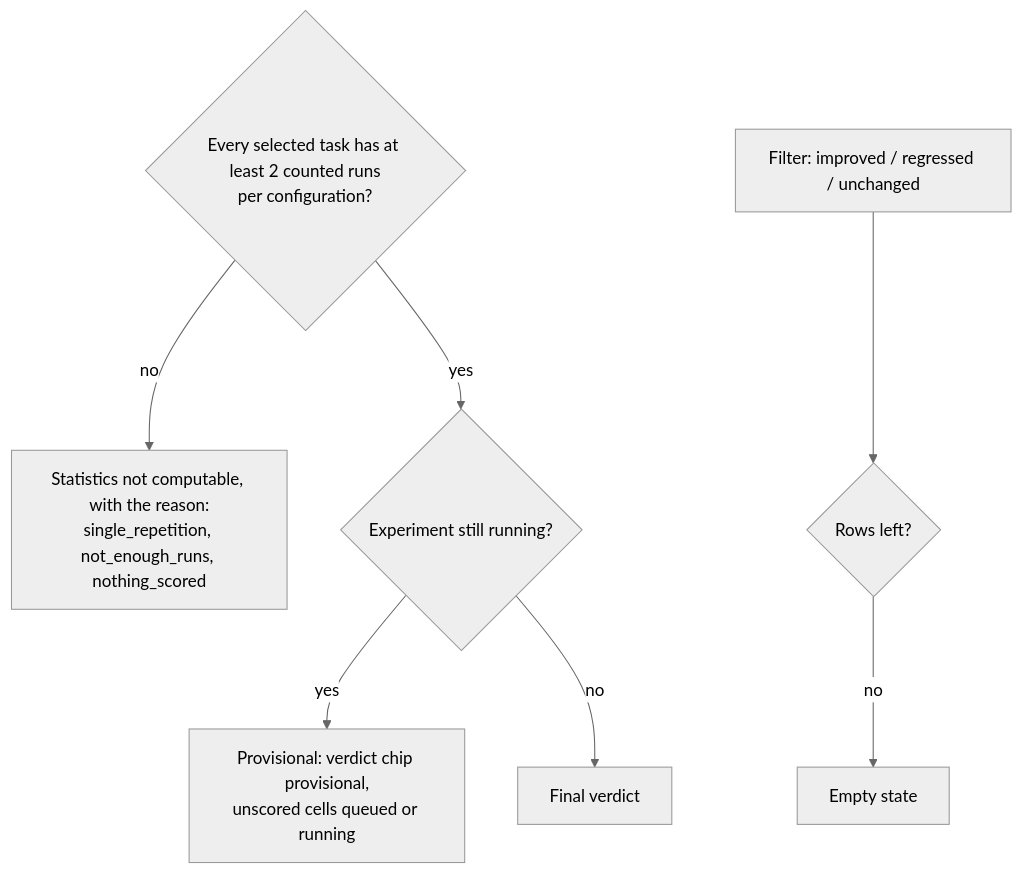
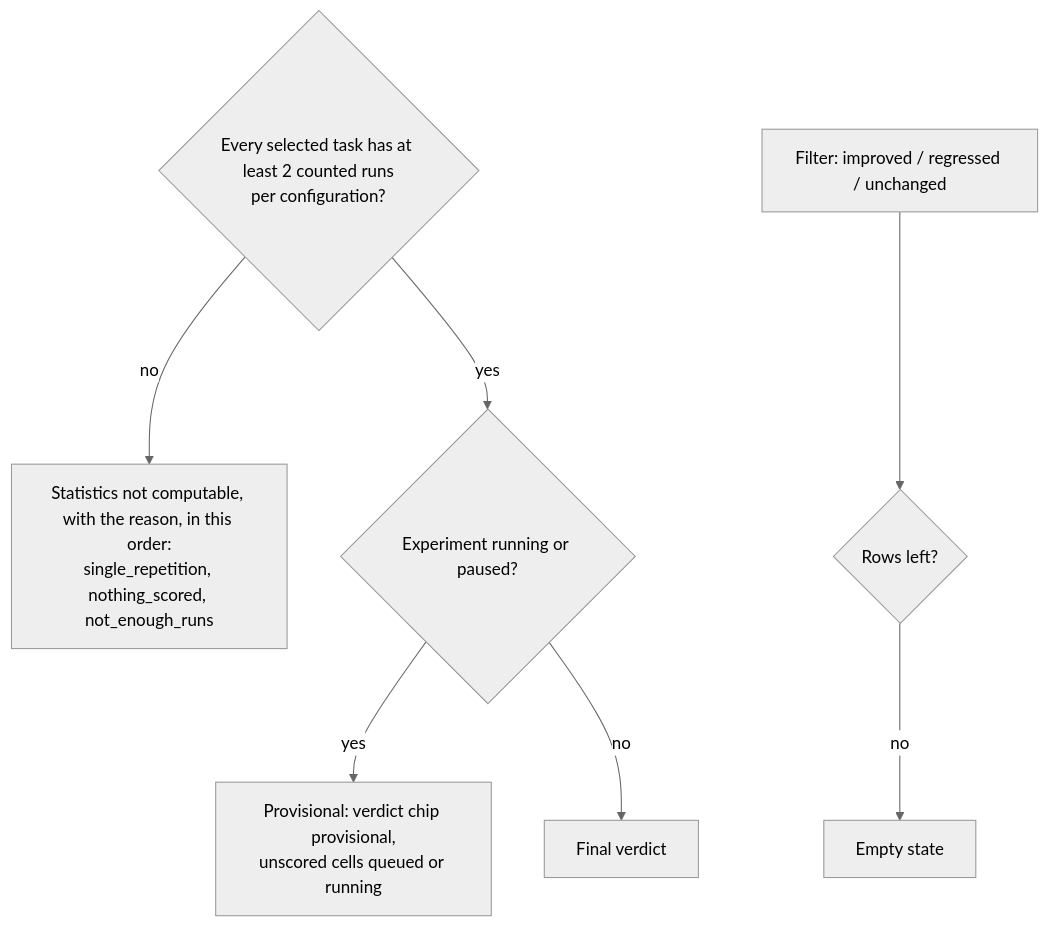
Before and after one commit to sasuke007/hermes-evals: diagram 36 of 38 in UI_FLOWS.md, drawn with Mermaid (neutral theme). The commit also changed other lines of this file and 164 other files, not shown here.

````diff
--- a/UI_FLOWS.md
+++ b/UI_FLOWS.md
@@ -1310,9 +1327,9 @@
 ```mermaid
 flowchart TD
-  G{"Every selected task has at least 2 counted runs<br/>per configuration?"} -- no --> NC["Statistics not computable, with the reason:<br/>single_repetition, not_enough_runs, nothing_scored"]
-  G -- yes --> RUN{"Experiment still running?"}
+  G{"Every selected task has at least 2 counted runs<br/>per configuration?"} -- no --> NC["Statistics not computable, with the reason, in this order:<br/>single_repetition, nothing_scored, not_enough_runs"]
+  G -- yes --> RUN{"Experiment running or paused?"}
   RUN -- yes --> PV["Provisional: verdict chip provisional,<br/>unscored cells queued or running"]
   RUN -- no --> FIN["Final verdict"]
   F["Filter: improved / regressed / unchanged"] --> E{"Rows left?"}
   E -- no --> EM["Empty state"]
 ```
````
